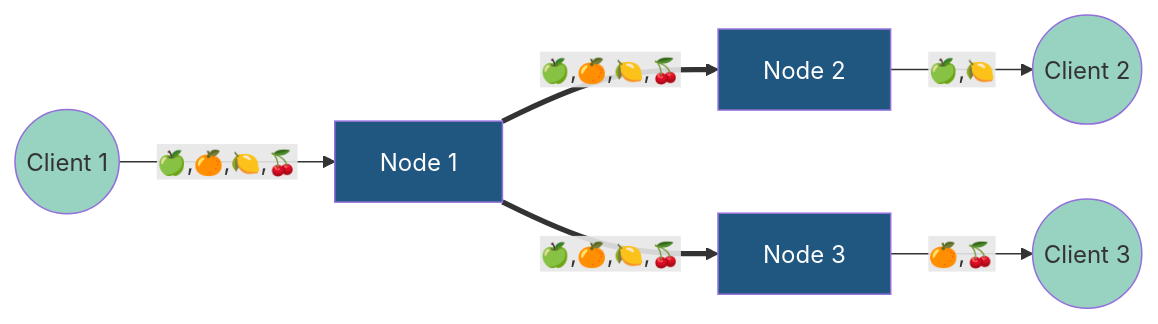
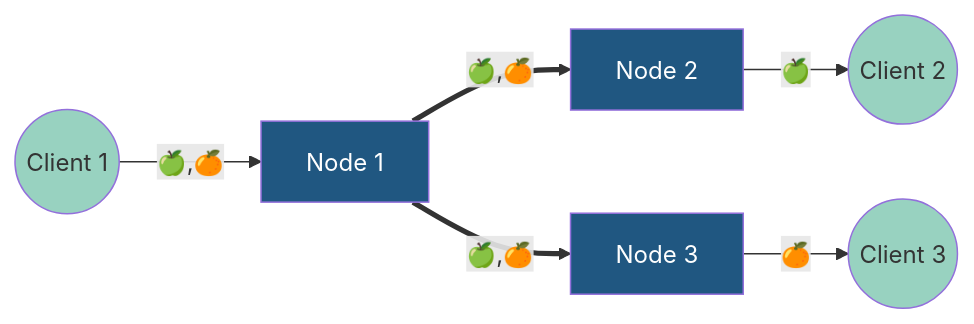
Before and after one commit to niklas-enns/message-broker: the third of 3 diagrams in README.md, drawn with Mermaid.

Commit message:
reformat table

````diff
--- a/README.md
+++ b/README.md
@@ -110,16 +110,16 @@
 ```mermaid
 graph LR;
-    N1[Node 1]==>|🍏,🍊,🍋,🍒|N2[Node 2]
-    N1==>|🍏,🍊,🍋,🍒|N3[Node 3]
+    N1[Node 1]==>|🍏,🍊|N2[Node 2]
+    N1==>|🍏,🍊|N3[Node 3]
     
-    C1((Client 1))-->|🍏,🍊,🍋,🍒|N1;
-    N2-->|🍏,🍋|C2((Client 2));
-    N3-->|🍊,🍒|C3((Client 3));
+    C1((Client 1))-->|🍏,🍊|N1;
+    N2-->|🍏|C2((Client 2));
+    N3-->|🍊|C3((Client 3));
     
     classDef c1 fill:#205781,color:white;
     classDef c2 fill:#4F959D,color:white;
     classDef c3 fill:#98D2C0;
     classDef c4 fill:#F6F8D5;
     class N1,N2,N3 c1
     class C1,C2,C3,C4 c3
 ```
````
